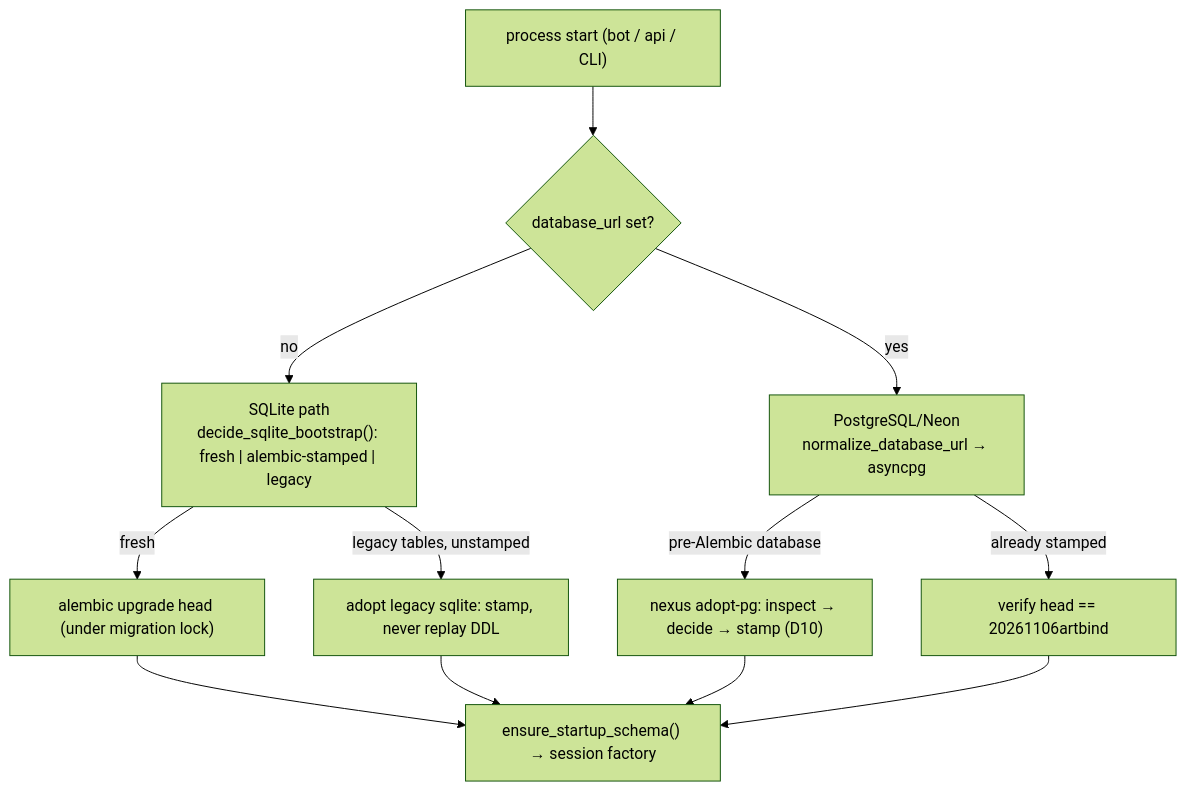
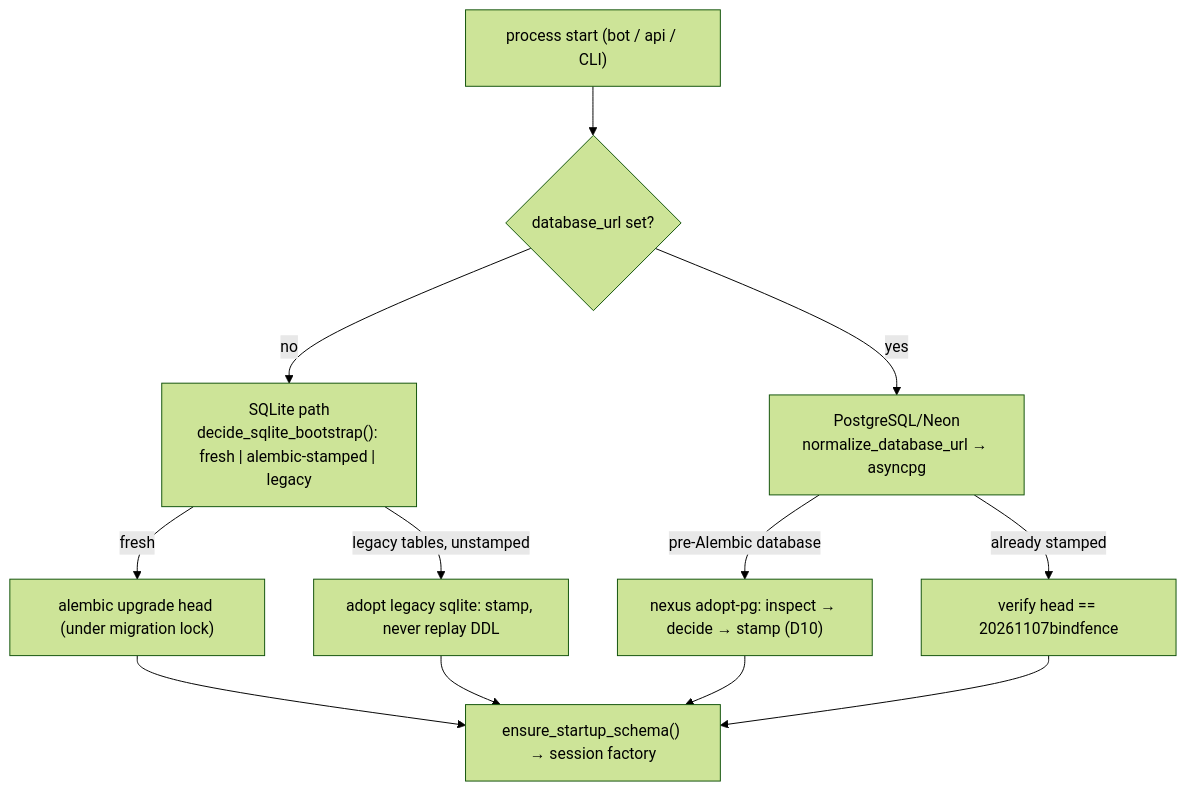
The fifth of 7 diagrams in docs/architecture/RUNTIME_FLOWS.md (bot523h/nexus-ai-agent), drawn with Mermaid (forest theme) before and after one commit. The commit also changed other lines of this file and 22 other files, not shown here.

````diff
--- a/docs/architecture/RUNTIME_FLOWS.md
+++ b/docs/architecture/RUNTIME_FLOWS.md
@@ -158,14 +158,14 @@
 ```mermaid
 flowchart TD
     start["process start (bot / api / CLI)"] --> decide{"database_url set?"}
     decide -->|no| sqlite["SQLite path<br/>decide_sqlite_bootstrap(): fresh | alembic-stamped | legacy"]
     decide -->|yes| pg["PostgreSQL/Neon<br/>normalize_database_url → asyncpg"]
     sqlite -->|fresh| up["alembic upgrade head (under migration lock)"]
     sqlite -->|legacy tables, unstamped| adopt["adopt legacy sqlite: stamp, never replay DDL"]
     pg -->|pre-Alembic database| adoptpg["nexus adopt-pg: inspect → decide → stamp (D10)"]
-    pg -->|already stamped| head["verify head == 20261106artbind"]
+    pg -->|already stamped| head["verify head == 20261107bindfence"]
     up --> ready["ensure_startup_schema() → session factory"]
     adopt --> ready
     adoptpg --> ready
     head --> ready
 ```
````
